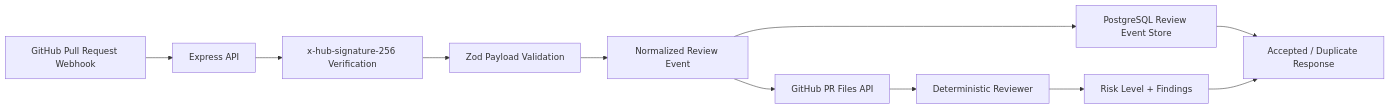
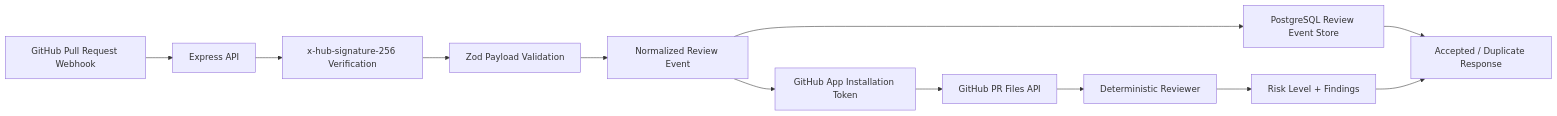
The diagram in README.md (Zayedkz/ai-code-review-agent), drawn with Mermaid before and after one commit. The commit also changed other lines of this file and 12 other files, not shown here.

Commit message:
feat: add github app installation auth (#9)

````diff
--- a/README.md
+++ b/README.md
@@ -23,13 +23,14 @@
 ```mermaid
 flowchart LR
     GitHub[GitHub Pull Request Webhook] --> API[Express API]
     API --> Signature[x-hub-signature-256 Verification]
     Signature --> Validate[Zod Payload Validation]
     Validate --> Normalize[Normalized Review Event]
-    Normalize --> GitHubFiles[GitHub PR Files API]
+    Normalize --> GitHubAuth[GitHub App Installation Token]
+    GitHubAuth --> GitHubFiles[GitHub PR Files API]
     GitHubFiles --> Reviewer[Deterministic Reviewer]
     Normalize --> Store[PostgreSQL Review Event Store]
     Reviewer --> Findings[Risk Level + Findings]
     Store --> Response[Accepted / Duplicate Response]
     Findings --> Response
 ```
````
